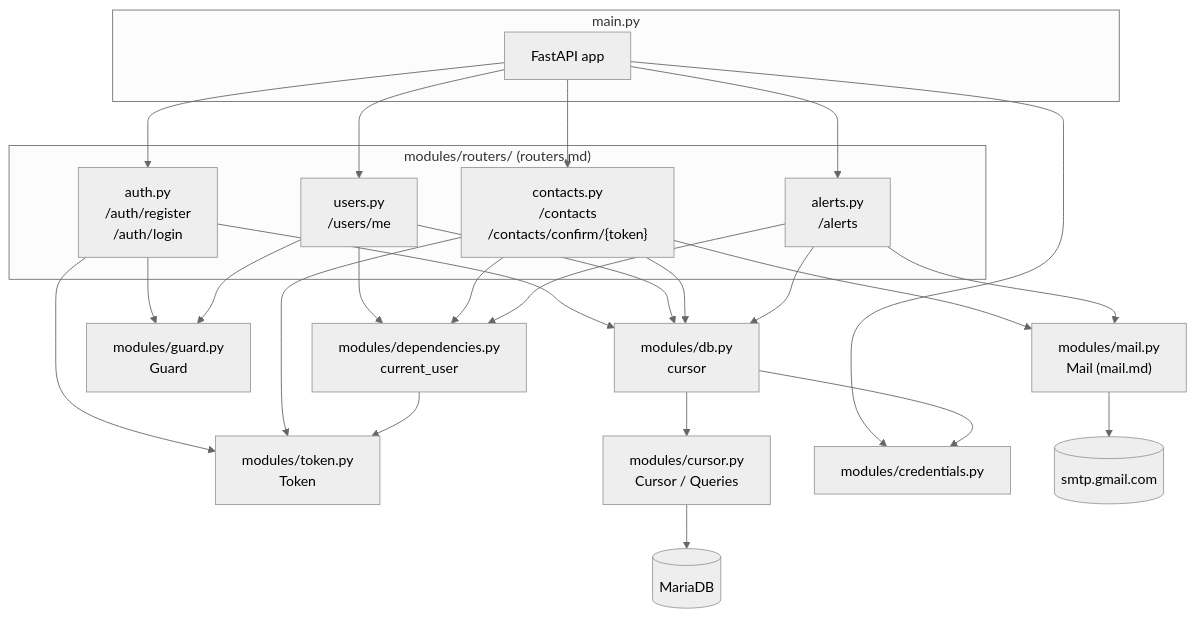
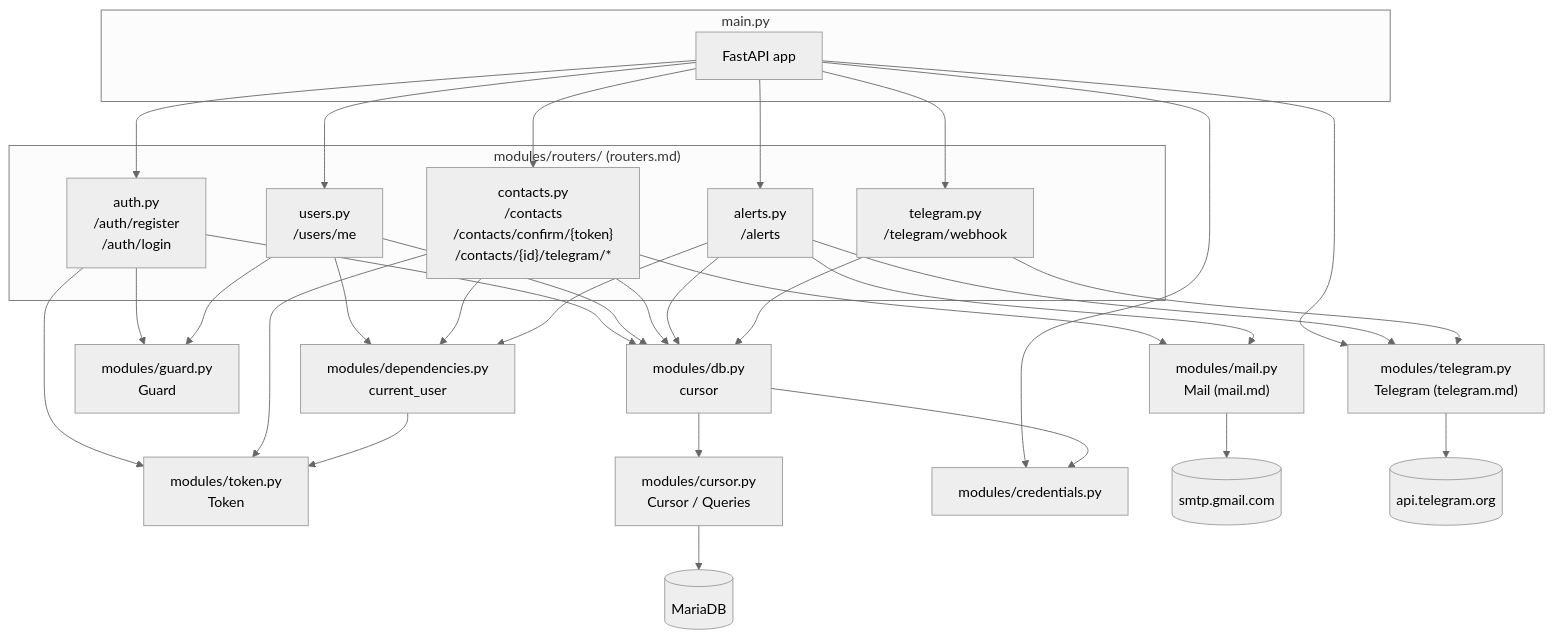
One commit to skellent/iOS-compiler changed the diagram in docs/backend/main.md. Above: the diagram before and after it, drawn with Mermaid (neutral theme). The commit also changed other lines of this file and 37 other files, not shown here.

First line of the commit message:
Add Telegram panic-alert notifications and app-side follow-up fixes

````diff
--- a/docs/backend/main.md
+++ b/docs/backend/main.md
@@ -78,53 +110,63 @@
 ```mermaid
 flowchart TD
     subgraph main["main.py"]
         APP["FastAPI app"]
     end
 
     subgraph routers["modules/routers/ (routers.md)"]
         AUTH["auth.py<br/>/auth/register<br/>/auth/login"]
         USR["users.py<br/>/users/me"]
-        CON["contacts.py<br/>/contacts<br/>/contacts/confirm/{token}"]
+        CON["contacts.py<br/>/contacts<br/>/contacts/confirm/{token}<br/>/contacts/{id}/telegram/*"]
         ALT["alerts.py<br/>/alerts"]
+        TGR["telegram.py<br/>/telegram/webhook"]
     end
 
     DEPS["modules/dependencies.py<br/>current_user"]
     TOKEN["modules/token.py<br/>Token"]
     GUARD["modules/guard.py<br/>Guard"]
     MAIL["modules/mail.py<br/>Mail (mail.md)"]
+    TG["modules/telegram.py<br/>Telegram (telegram.md)"]
     DB["modules/db.py<br/>cursor"]
     CURSOR["modules/cursor.py<br/>Cursor / Queries"]
     CRED["modules/credentials.py"]
     MARIADB[(MariaDB)]
     SMTP[(smtp.gmail.com)]
+    TGAPI[(api.telegram.org)]
 
     APP --> AUTH
     APP --> USR
     APP --> CON
     APP --> ALT
+    APP --> TGR
     APP --> CRED
+    APP --> TG
 
     AUTH --> GUARD
     AUTH --> TOKEN
     AUTH --> DB
 
     USR --> DEPS
     USR --> DB
     USR --> GUARD
 
     CON --> DEPS
     CON --> DB
     CON --> TOKEN
     CON --> MAIL
 
     ALT --> DEPS
     ALT --> DB
     ALT --> MAIL
+    ALT --> TG
+
+    TGR --> DB
+    TGR --> TG
 
     DEPS --> TOKEN
 
     DB --> CURSOR
     DB --> CRED
     CURSOR --> MARIADB
     MAIL --> SMTP
+    TG --> TGAPI
 ```
````
